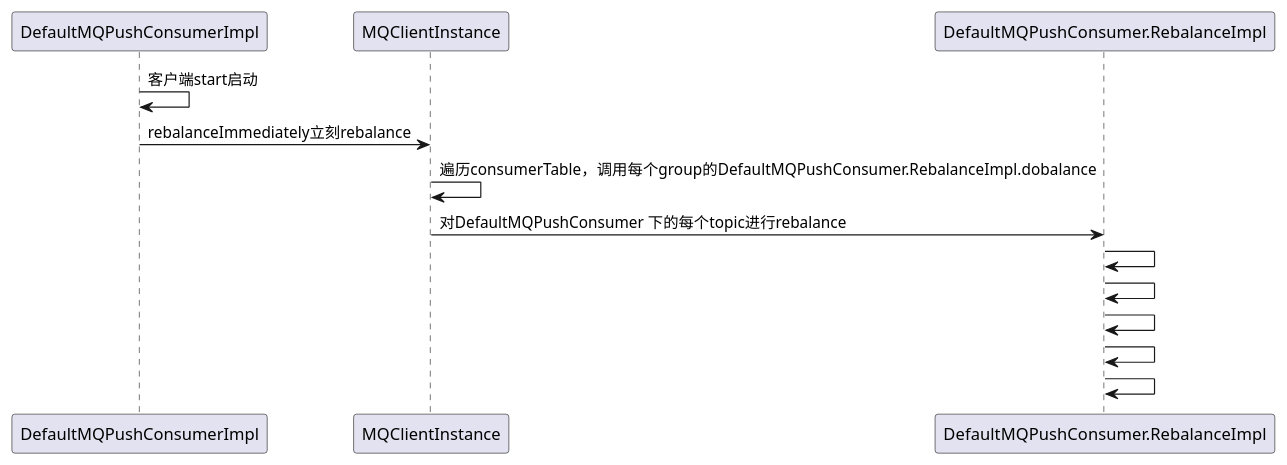
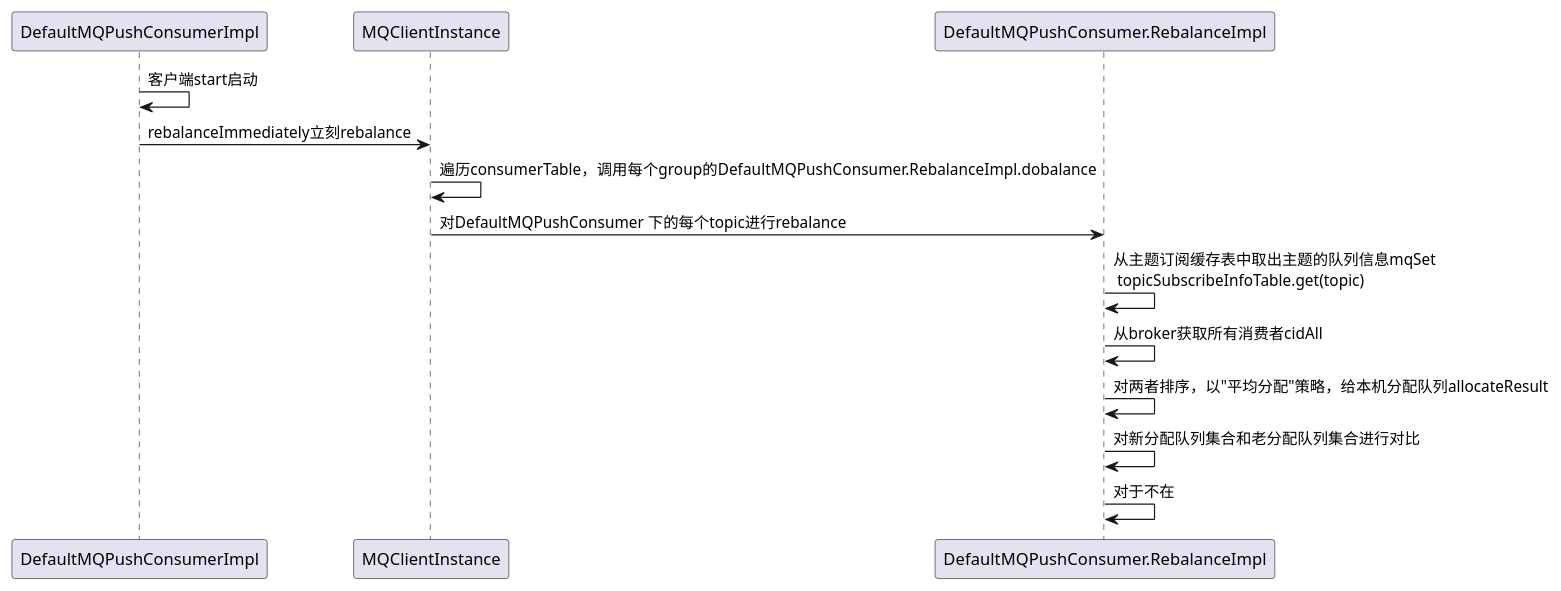
One commit to sybnfkn/java-chaotic changed the diagram in rocketmq/消息消费.puml. Above: the diagram before and after it, drawn with PlantUML.

```diff
--- a/rocketmq/消息消费.puml
+++ b/rocketmq/消息消费.puml
@@ -1,12 +1,12 @@
 @startuml
 DefaultMQPushConsumerImpl -> DefaultMQPushConsumerImpl:客户端start启动
 DefaultMQPushConsumerImpl -> MQClientInstance:rebalanceImmediately立刻rebalance
 MQClientInstance -> MQClientInstance:遍历consumerTable，调用每个group的DefaultMQPushConsumer.RebalanceImpl.dobalance
 MQClientInstance -> DefaultMQPushConsumer.RebalanceImpl: 对DefaultMQPushConsumer 下的每个topic进行rebalance
-DefaultMQPushConsumer.RebalanceImpl-> DefaultMQPushConsumer.RebalanceImpl:
-DefaultMQPushConsumer.RebalanceImpl-> DefaultMQPushConsumer.RebalanceImpl:
-DefaultMQPushConsumer.RebalanceImpl-> DefaultMQPushConsumer.RebalanceImpl:
-DefaultMQPushConsumer.RebalanceImpl-> DefaultMQPushConsumer.RebalanceImpl:
-DefaultMQPushConsumer.RebalanceImpl-> DefaultMQPushConsumer.RebalanceImpl:
+DefaultMQPushConsumer.RebalanceImpl-> DefaultMQPushConsumer.RebalanceImpl:从主题订阅缓存表中取出主题的队列信息mqSet \n topicSubscribeInfoTable.get(topic)
+DefaultMQPushConsumer.RebalanceImpl-> DefaultMQPushConsumer.RebalanceImpl:从broker获取所有消费者cidAll
+DefaultMQPushConsumer.RebalanceImpl-> DefaultMQPushConsumer.RebalanceImpl:对两者排序，以"平均分配"策略，给本机分配队列allocateResult
+DefaultMQPushConsumer.RebalanceImpl-> DefaultMQPushConsumer.RebalanceImpl:对新分配队列集合和老分配队列集合进行对比
+DefaultMQPushConsumer.RebalanceImpl-> DefaultMQPushConsumer.RebalanceImpl:对于不在
 
 @enduml
```
